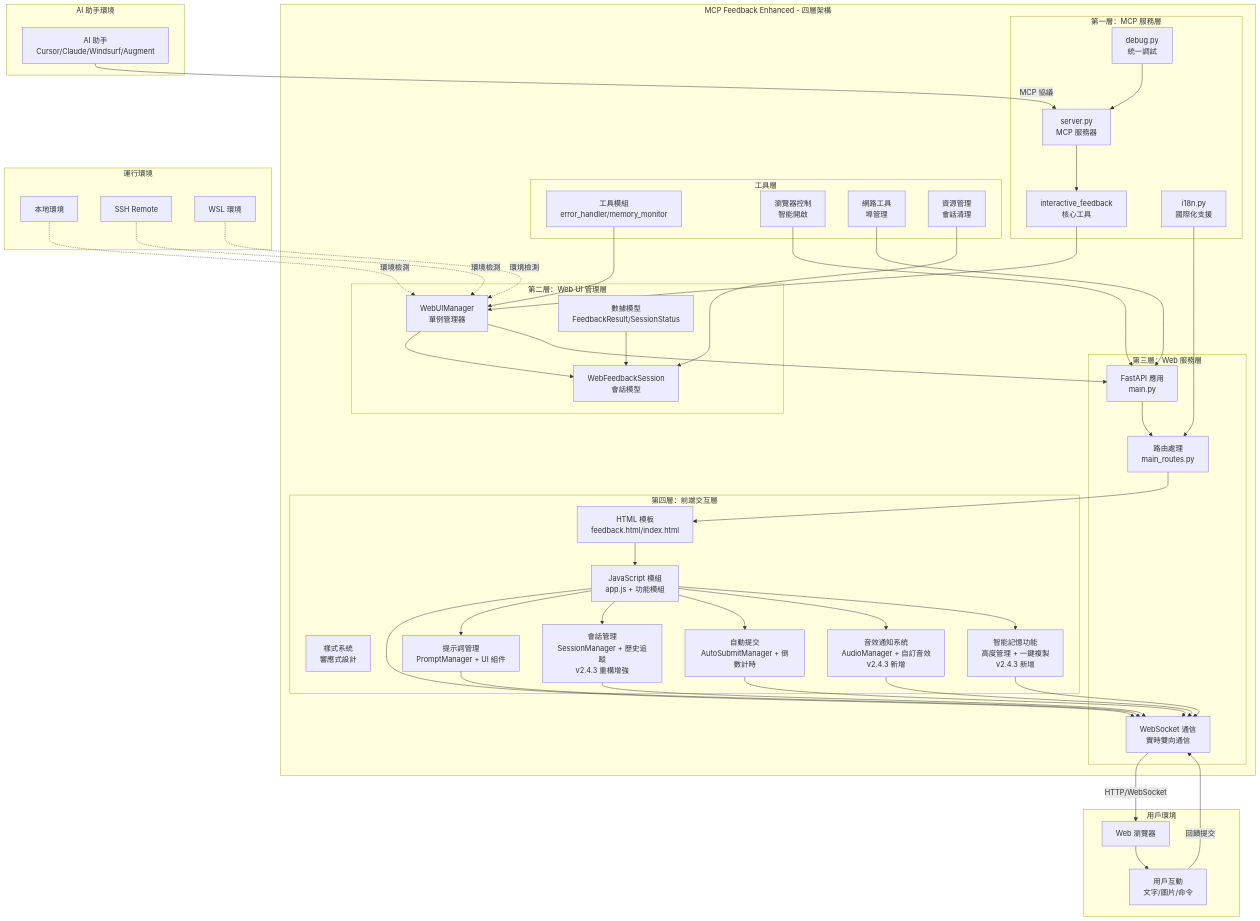
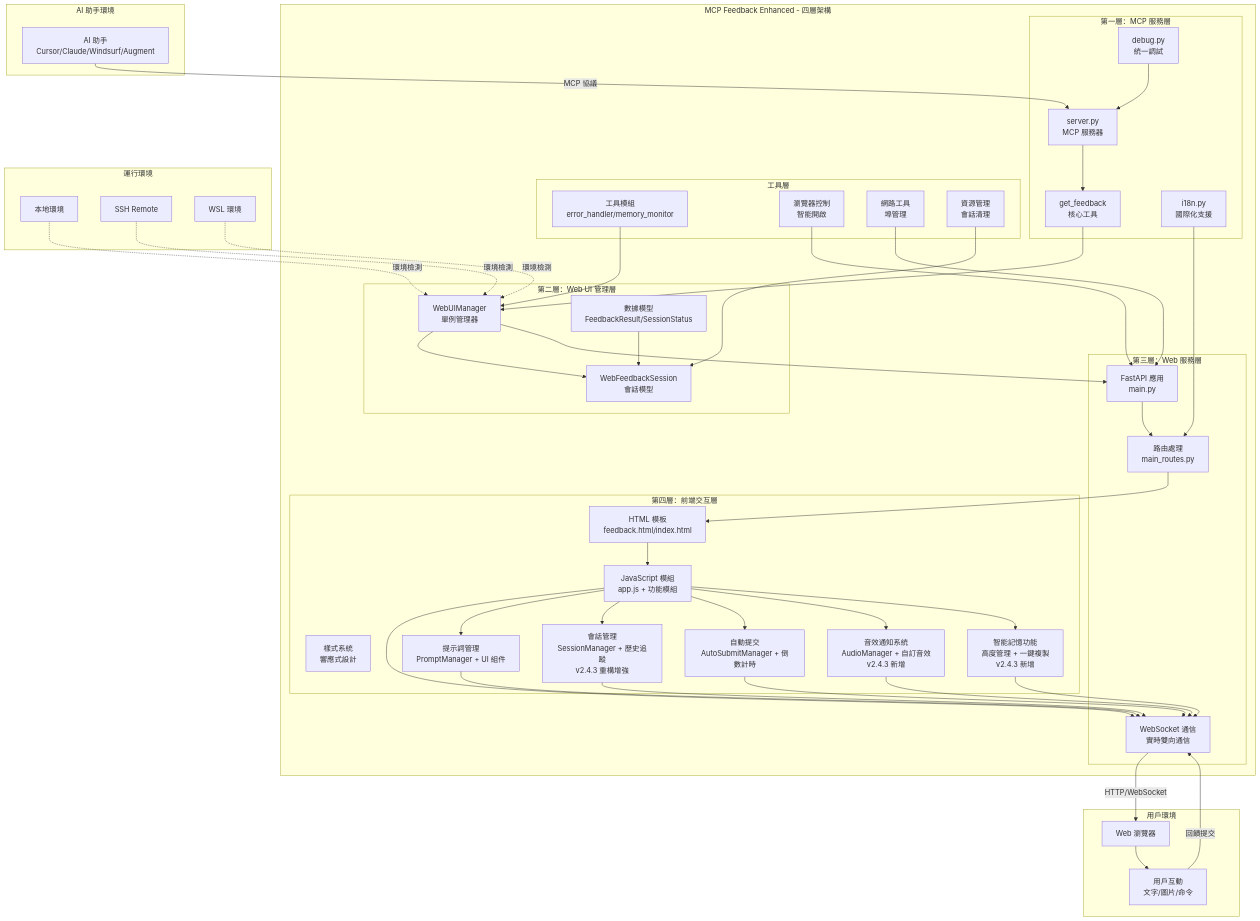
The first of 8 diagrams in docs/architecture/system-overview.md (LeonBuild/mcp-feedback-enhanced-pro), drawn with Mermaid before and after one commit. The commit also changed other lines of this file and 26 other files, not shown here.

Commit message:
rename to `get_feedback`

```diff
--- a/docs/architecture/system-overview.md
+++ b/docs/architecture/system-overview.md
@@ -47,7 +47,7 @@
     subgraph "MCP Feedback Enhanced - 四層架構"
         subgraph "第一層：MCP 服務層"
             SERVER[server.py<br/>MCP 服務器]
-            TOOL[interactive_feedback<br/>核心工具]
+            TOOL[get_feedback<br/>核心工具]
             I18N[i18n.py<br/>國際化支援]
             DEBUG[debug.py<br/>統一調試]
         end
```
